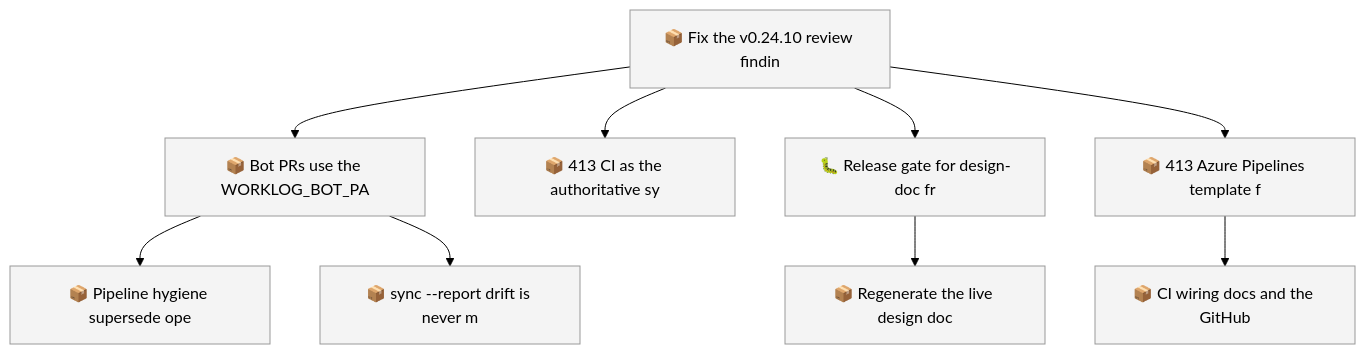
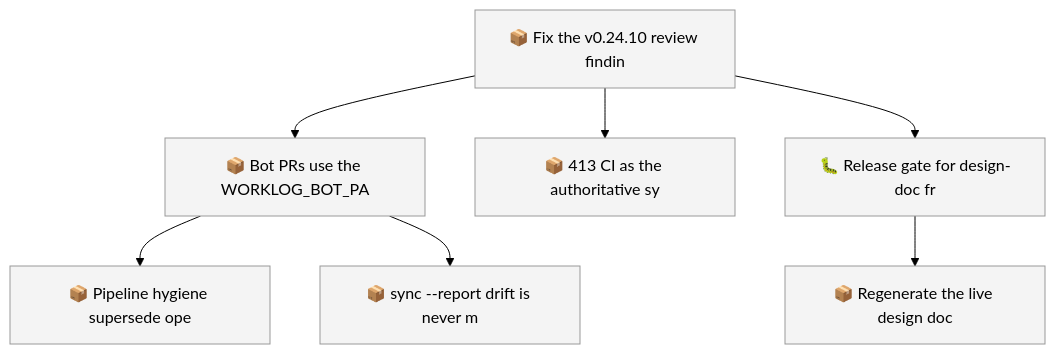
Before and after one commit to SpillwaveSolutions/wiki_ticket_sdd: the first of 2 diagrams in docs/roadmap.md, drawn with Mermaid (forest theme). The commit also changed other lines of this file and 13 other files, not shown here.

First line of the commit message:
feat(init): azure-pipelines.yml for an Azure DevOps origin (01M2XCWMVEH3XFP2VPS9JBD6XV)

````diff
--- a/docs/roadmap.md
+++ b/docs/roadmap.md
@@ -47,22 +45,18 @@
 ```mermaid
 graph TD
     01M2XCWMV0QYM4ZRBWN1V1327B["📦 Fix the v0.24.10 review findin"]
     01M2XCWMVEH3XFP2VPS9JBD6XF["📦 Bot PRs use the WORKLOG_BOT_PA"]
     01M2XCWMVEH3XFP2VPS9JBD6XH["📦 Pipeline hygiene supersede ope"]
     01M2XCWMVEH3XFP2VPS9JBD6XK["📦 sync --report drift is never m"]
     01M2XCWMVEH3XFP2VPS9JBD6XN["📦 413 CI as the authoritative sy"]
     01M2XCWMVEH3XFP2VPS9JBD6XQ["🐛 Release gate for design-doc fr"]
     01M2XCWMVEH3XFP2VPS9JBD6XS["📦 Regenerate the live design doc"]
-    01M2XCWMVEH3XFP2VPS9JBD6XV["📦 413 Azure Pipelines template f"]
-    01M2XCWMVEH3XFP2VPS9JBD6XX["📦 CI wiring docs and the GitHub"]
     01M2XCWMV0QYM4ZRBWN1V1327B --> 01M2XCWMVEH3XFP2VPS9JBD6XF
     01M2XCWMVEH3XFP2VPS9JBD6XF --> 01M2XCWMVEH3XFP2VPS9JBD6XH
     01M2XCWMVEH3XFP2VPS9JBD6XF --> 01M2XCWMVEH3XFP2VPS9JBD6XK
     01M2XCWMV0QYM4ZRBWN1V1327B --> 01M2XCWMVEH3XFP2VPS9JBD6XN
     01M2XCWMV0QYM4ZRBWN1V1327B --> 01M2XCWMVEH3XFP2VPS9JBD6XQ
     01M2XCWMVEH3XFP2VPS9JBD6XQ --> 01M2XCWMVEH3XFP2VPS9JBD6XS
-    01M2XCWMV0QYM4ZRBWN1V1327B --> 01M2XCWMVEH3XFP2VPS9JBD6XV
-    01M2XCWMVEH3XFP2VPS9JBD6XV --> 01M2XCWMVEH3XFP2VPS9JBD6XX
     classDef todo fill:#f4f4f4,stroke:#999999
-    class 01M2XCWMV0QYM4ZRBWN1V1327B,01M2XCWMVEH3XFP2VPS9JBD6XF,01M2XCWMVEH3XFP2VPS9JBD6XH,01M2XCWMVEH3XFP2VPS9JBD6XK,01M2XCWMVEH3XFP2VPS9JBD6XN,01M2XCWMVEH3XFP2VPS9JBD6XQ,01M2XCWMVEH3XFP2VPS9JBD6XS,01M2XCWMVEH3XFP2VPS9JBD6XV,01M2XCWMVEH3XFP2VPS9JBD6XX todo
+    class 01M2XCWMV0QYM4ZRBWN1V1327B,01M2XCWMVEH3XFP2VPS9JBD6XF,01M2XCWMVEH3XFP2VPS9JBD6XH,01M2XCWMVEH3XFP2VPS9JBD6XK,01M2XCWMVEH3XFP2VPS9JBD6XN,01M2XCWMVEH3XFP2VPS9JBD6XQ,01M2XCWMVEH3XFP2VPS9JBD6XS todo
 ```
````
